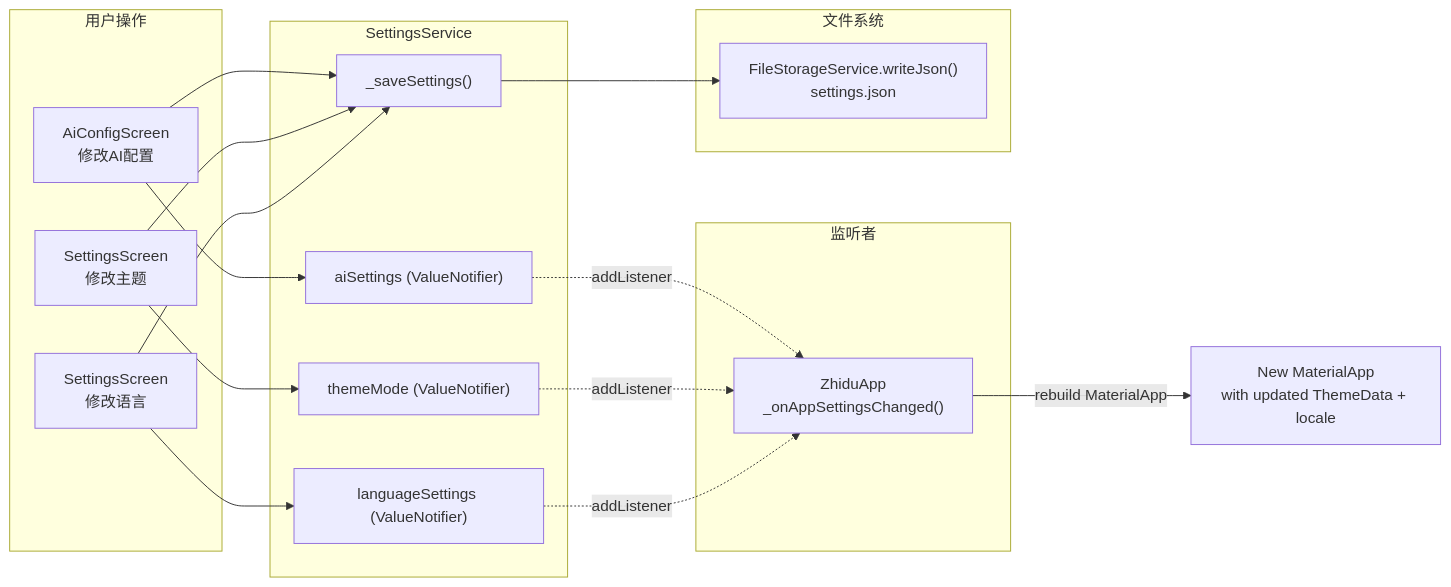
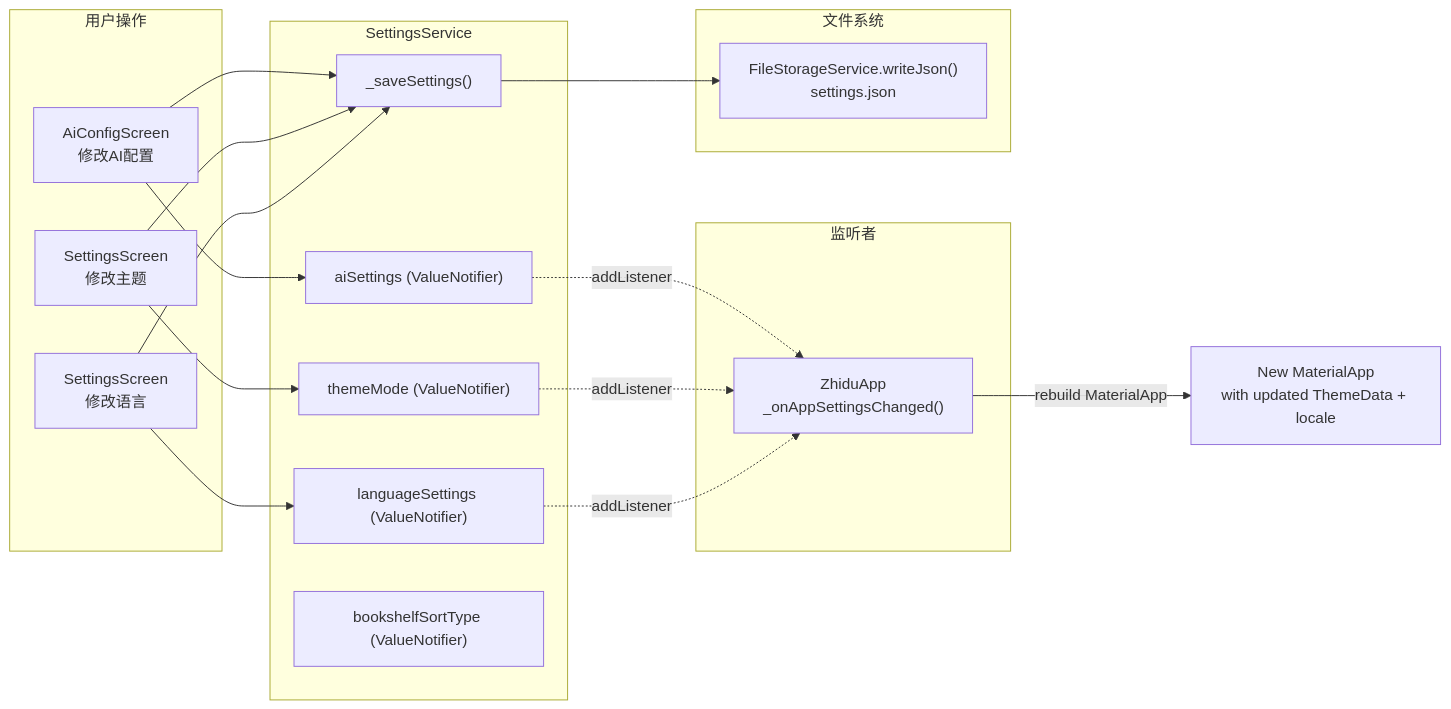
The eighth of 11 diagrams in docs/function_call_relationships_visual.md (jjzhang2000/zhidu), drawn with Mermaid before and after one commit. The commit also changed other lines of this file and 12 other files, not shown here.

Commit message:
feat: 书架排序功能 — 新增 7 种排序并持久化（BookSortType + SettingsService）

````diff
--- a/docs/function_call_relationships_visual.md
+++ b/docs/function_call_relationships_visual.md
@@ -392,39 +392,40 @@
 ```mermaid
 flowchart LR
     subgraph 用户操作
         U1["AiConfigScreen<br/>修改AI配置"]
         U2["SettingsScreen<br/>修改主题"]
         U3["SettingsScreen<br/>修改语言"]
     end
 
     subgraph SettingsService
         SAVE["_saveSettings()"]
         AI_NF["aiSettings (ValueNotifier)"]
         T_NF["themeMode (ValueNotifier)"]
         L_NF["languageSettings (ValueNotifier)"]
+        BS_NF["bookshelfSortType (ValueNotifier)"]
     end
 
     subgraph 监听者
         Z_APP["ZhiduApp<br/>_onAppSettingsChanged()"]
     end
 
     subgraph 文件系统
         FILE["FileStorageService.writeJson()<br/>settings.json"]
     end
 
     U1 --> SAVE
     U2 --> SAVE
     U3 --> SAVE
 
     SAVE --> FILE
 
     U1 --> AI_NF
     U2 --> T_NF
     U3 --> L_NF
 
     AI_NF -.-> |"addListener"| Z_APP
     T_NF -.-> |"addListener"| Z_APP
     L_NF -.-> |"addListener"| Z_APP
 
     Z_APP --> |"rebuild MaterialApp"| APP["New MaterialApp<br/>with updated ThemeData + locale"]
 ```
````
